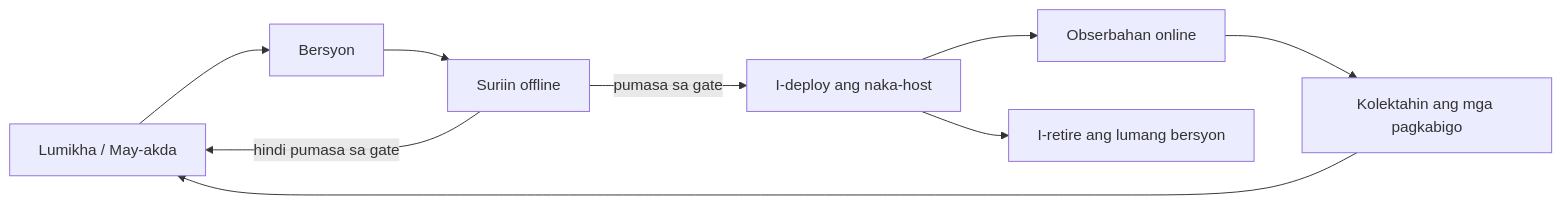
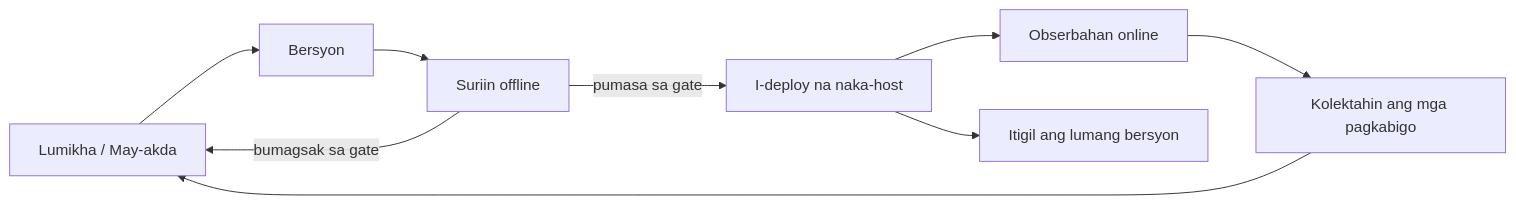
Before and after one commit to gabrielmoreira/agent-skills-mirror: the second of 4 diagrams in mirrors/repos/microsoft@ai-agents-for-beginners/translations/tl/16-deploying-scalable-agents/README.md, drawn with Mermaid. The commit also changed other lines of this file and 3581 other files, not shown here.

````diff
--- a/mirrors/repos/microsoft@ai-agents-for-beginners/translations/tl/16-deploying-scalable-agents/README.md
+++ b/mirrors/repos/microsoft@ai-agents-for-beginners/translations/tl/16-deploying-scalable-agents/README.md
@@ -108,11 +108,11 @@
 ```mermaid
 flowchart LR
     Create[Lumikha / May-akda] --> Version[Bersyon]
     Version --> Evaluate[Suriin offline]
-    Evaluate -->|pumasa sa gate| Deploy[I-deploy ang naka-host]
-    Evaluate -->|hindi pumasa sa gate| Create
+    Evaluate -->|pumasa sa gate| Deploy[I-deploy na naka-host]
+    Evaluate -->|bumagsak sa gate| Create
     Deploy --> Observe[Obserbahan online]
     Observe --> Improve[Kolektahin ang mga pagkabigo]
     Improve --> Create
-    Deploy --> Retire[I-retire ang lumang bersyon]
+    Deploy --> Retire[Itigil ang lumang bersyon]
 ```
````
